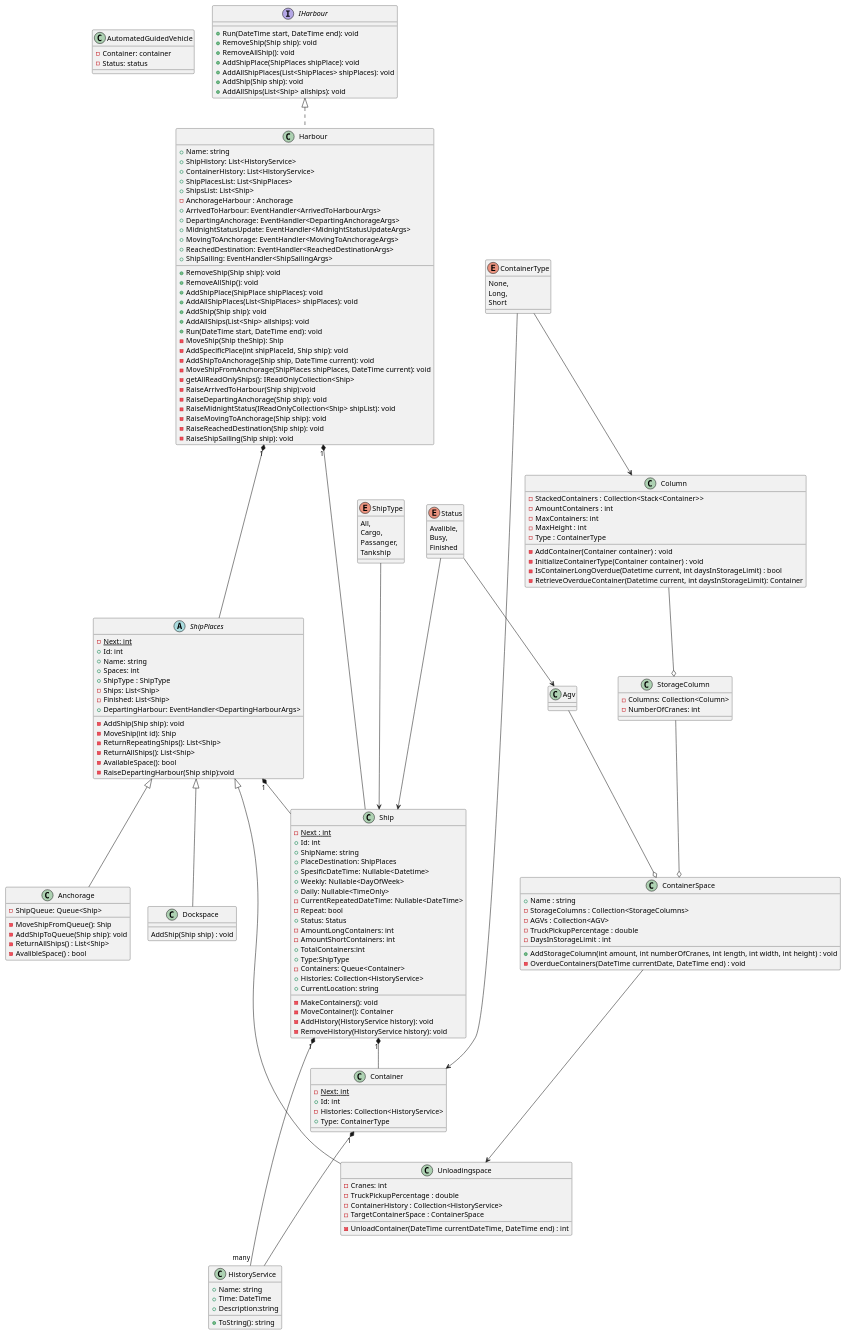
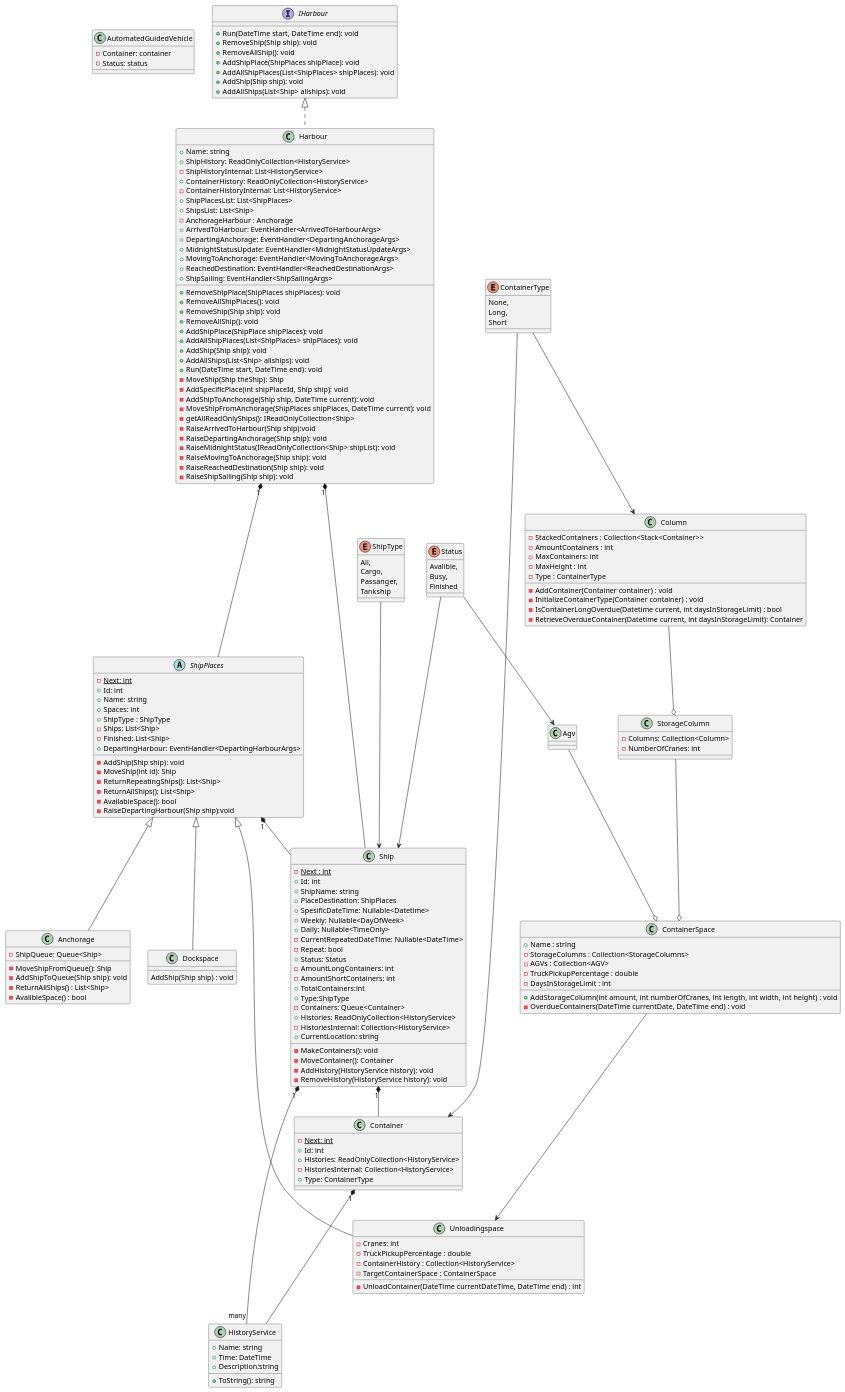
Before and after one commit to NET-og-Rammeverk-gruppe-MBFS/HavnAPI: the diagram in HavnAPIuml.puml, drawn with PlantUML. The commit also changed 10 other files, not shown here.

```diff
--- a/HavnAPIuml.puml
+++ b/HavnAPIuml.puml
@@ -1,193 +1,199 @@
 @startuml
 
 class AutomatedGuidedVehicle {
     -Container: container
     -Status: status
 }
 class Anchorage extends ShipPlaces {
     -ShipQueue: Queue<Ship>
     -MoveShipFromQueue(): Ship
     -AddShipToQueue(Ship ship): void
     -ReturnAllShips() : List<Ship>
     -AvalibleSpace() : bool
 }
 class Column{
     -StackedContainers : Collection<Stack<Container>>
     -AmountContainers : int
     -MaxContainers: int
     -MaxHeight : int
     -Type : ContainerType
 
     -AddContainer(Container container) : void
     -InitializeContainerType(Container container) : void
     -IsContainerLongOverdue(Datetime current, int daysInStorageLimit) : bool
     -RetrieveOverdueContainer(Datetime current, int daysInStorageLimit): Container
 }
 class ContainerSpace {
     +Name : string
     -StorageColumns : Collection<StorageColumns>
     -AGVs : Collection<AGV>
     -TruckPickupPercentage : double
     -DaysInStorageLimit : int
 
     +AddStorageColumn(int amount, int numberOfCranes,  int length, int width, int height) : void
     -OverdueContainers(DateTime currentDate, DateTime end) : void
 }
 class Dockspace extends ShipPlaces {
     AddShip(Ship ship) : void
 }
 abstract class ShipPlaces {
     {static} -Next: int
     +Id: int
     +Name: string
     +Spaces: int
     +ShipType : ShipType
     -Ships: List<Ship>
     -Finished: List<Ship>
     +DepartingHarbour: EventHandler<DepartingHarbourArgs>
 
     -AddShip(Ship ship): void
     -MoveShip(int id): Ship
     -ReturnRepeatingShips(): List<Ship>
     -ReturnAllShips(): List<Ship>
     -AvailableSpace(): bool
     -RaiseDepartingHarbour(Ship ship):void
 }
 
 class StorageColumn{
     -Columns: Collection<Column>
     -NumberOfCranes: int
 }
 class Unloadingspace extends ShipPlaces {
     -Cranes: int
     -TruckPickupPercentage : double
     -ContainerHistory : Collection<HistoryService>
     -TargetContainerSpace : ContainerSpace
 
     -UnloadContainer(DateTime currentDateTime, DateTime end) : int
 }
 class Container {
     {static} - Next: int
     +Id: int
-    -Histories: Collection<HistoryService>
+    +Histories: ReadOnlyCollection<HistoryService>
+    -HistoriesInternal: Collection<HistoryService>
     +Type: ContainerType
 }
 class HistoryService {
     +Name: string
     +Time: DateTime
     +Description:string
 
     +ToString(): string
 }
 
 class Ship {
     {static} -Next : int
     +Id: int
     +ShipName: string
     +PlaceDestination: ShipPlaces
     +SpesificDateTime: Nullable<Datetime>
     +Weekly: Nullable<DayOfWeek>
     +Daily: Nullable<TimeOnly>
     -CurrentRepeatedDateTime: Nullable<DateTime>
     -Repeat: bool
     +Status: Status
     -AmountLongContainers: int
     -AmountShortContainers: int
     +TotalContainers:int
     +Type:ShipType
     -Containers: Queue<Container>
-    +Histories: Collection<HistoryService>
+    +Histories: ReadOnlyCollection<HistoryService>
+    -HistoriesInternal: Collection<HistoryService>
     +CurrentLocation: string
 
     -MakeContainers(): void
     -MoveContainer(): Container
     -AddHistory(HistoryService history): void
     -RemoveHistory(HistoryService history): void
 }
 
 class Harbour implements IHarbour {
     +Name: string
-    +ShipHistory: List<HistoryService>
-    +ContainerHistory: List<HistoryService>
+    +ShipHistory: ReadOnlyCollection<HistoryService>
+    -ShipHistoryInternal: List<HistoryService>
+    +ContainerHistory: ReadOnlyCollection<HistoryService>
+    -ContainerHistoryInternal: List<HistoryService>
     +ShipPlacesList: List<ShipPlaces>
     +ShipsList: List<Ship>
     -AnchorageHarbour : Anchorage
     +ArrivedToHarbour: EventHandler<ArrivedToHarbourArgs>
     +DepartingAnchorage: EventHandler<DepartingAnchorageArgs>
     +MidnightStatusUpdate: EventHandler<MidnightStatusUpdateArgs>
     +MovingToAnchorage: EventHandler<MovingToAnchorageArgs>
     +ReachedDestination: EventHandler<ReachedDestinationArgs>
     +ShipSailing: EventHandler<ShipSailingArgs>
 
+    +RemoveShipPlace(ShipPlaces shipPlaces): void
+    +RemoveAllShipPlaces(): void
     +RemoveShip(Ship ship): void
     +RemoveAllShip(): void
     +AddShipPlace(ShipPlace shipPlaces): void
     +AddAllShipPlaces(List<ShipPlaces> shipPlaces): void
     +AddShip(Ship ship): void
     +AddAllShips(List<Ship> allships): void
     +Run(DateTime start, DateTime end): void
     -MoveShip(Ship theShip): Ship
     -AddSpecificPlace(int shipPlaceId, Ship ship): void
     -AddShipToAnchorage(Ship ship, DateTime current): void
     -MoveShipFromAnchorage(ShipPlaces shipPlaces, DateTime current): void
     -getAllReadOnlyShips(): IReadOnlyCollection<Ship>
     -RaiseArrivedToHarbour(Ship ship):void
     -RaiseDepartingAnchorage(Ship ship): void
     -RaiseMidnightStatus(IReadOnlyCollection<Ship> shipList): void
     -RaiseMovingToAnchorage(Ship ship): void
     -RaiseReachedDestination(Ship ship): void
     -RaiseShipSailing(Ship ship): void
 }
 interface IHarbour {
     +Run(DateTime start, DateTime end): void
     +RemoveShip(Ship ship): void
     +RemoveAllShip(): void
     +AddShipPlace(ShipPlaces shipPlace): void
     +AddAllShipPlaces(List<ShipPlaces> shipPlaces): void
     +AddShip(Ship ship): void
     +AddAllShips(List<Ship> allships): void
 }
 enum ContainerType{
     None,
     Long,
     Short
 }
 
 enum ShipType{
     All,
     Cargo,
     Passanger,
     Tankship
 }
 enum Status{
     Avalible,
     Busy,
     Finished
 }
 
 
 ShipType ---> Ship
 Harbour "1" *--- ShipPlaces
 Harbour "1" *-- Ship
 ShipPlaces "1" *-- Ship
 Ship "1" *-- Container
 Ship "1" *-- "many" HistoryService
 Container "1" *--- HistoryService
 ContainerSpace ---> Unloadingspace
 Agv --o ContainerSpace
 Column --o StorageColumn
 StorageColumn --o ContainerSpace
 ContainerType -----> Container
 ContainerType -->Column
 Status --> Ship
 Status --> Agv
 
 
 
 
 
 
 
 
 
 @enduml
```
